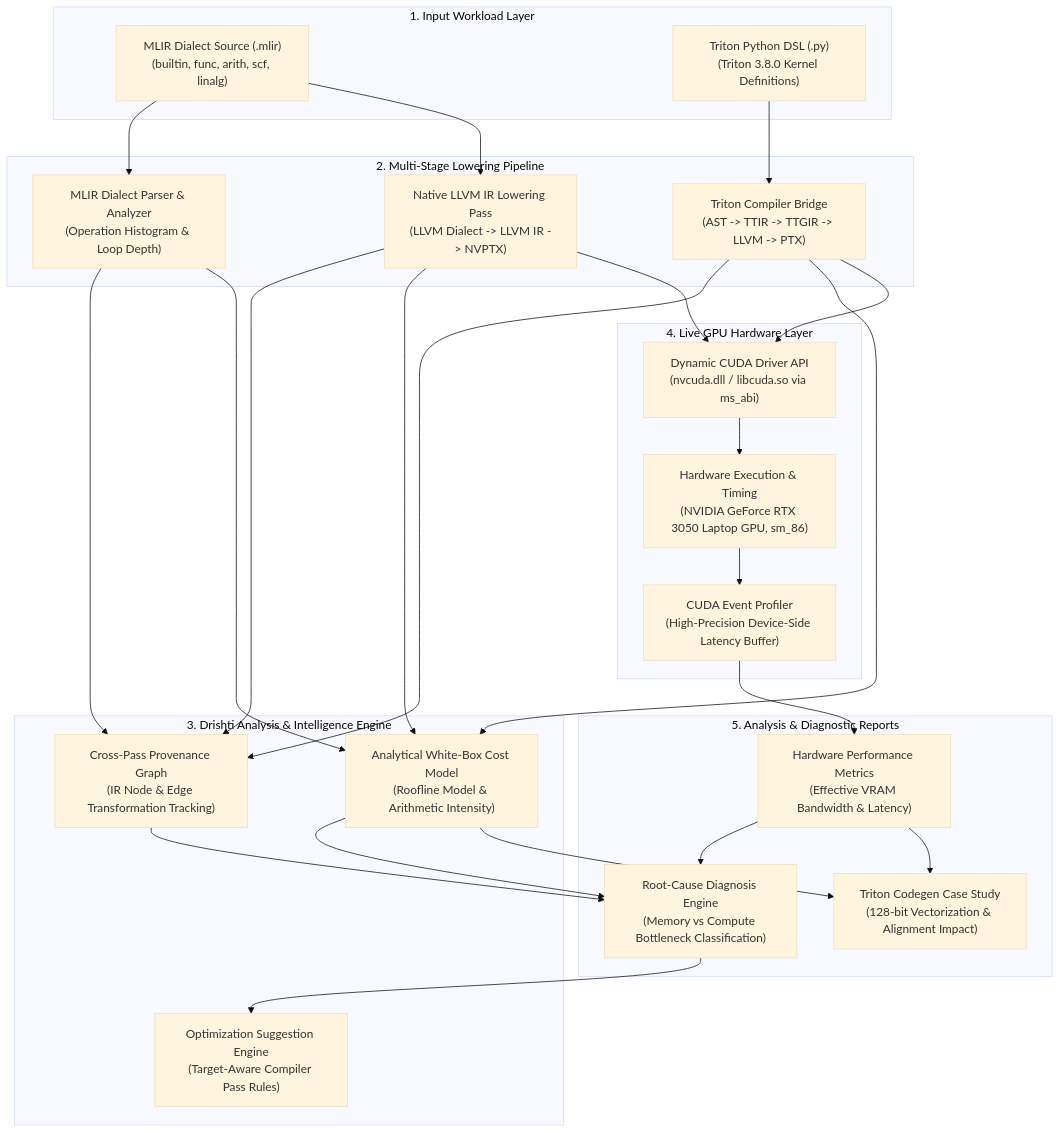
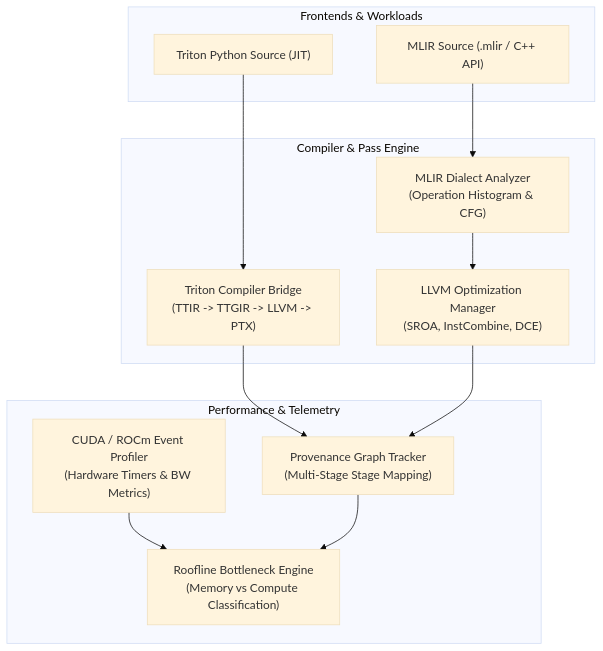
The diagram in README.md (krish-rRay23/dhristi), drawn with Mermaid (base theme) before and after one commit. The commit also changed other lines of this file and 3 other files, not shown here.

````diff
--- a/README.md
+++ b/README.md
@@ -20,53 +60,27 @@
 ```mermaid
 flowchart TD
-    subgraph Inputs["1. Input Workload Layer"]
-        A1["MLIR Dialect Source (.mlir)\n(builtin, func, arith, scf, linalg)"]
-        A2["Triton Python DSL (.py)\n(Triton 3.8.0 Kernel Definitions)"]
+    subgraph Frontend ["Frontends & Workloads"]
+        A1["Triton Python Source (JIT)"]
+        A2["MLIR Source (.mlir / C++ API)"]
     end
 
-    subgraph CompilerPipeline["2. Multi-Stage Lowering Pipeline"]
-        B1["MLIR Dialect Parser & Analyzer\n(Operation Histogram & Loop Depth)"]
-        B2["Native LLVM IR Lowering Pass\n(LLVM Dialect -> LLVM IR -> NVPTX)"]
-        B3["Triton Compiler Bridge\n(AST -> TTIR -> TTGIR -> LLVM -> PTX)"]
+    subgraph CompilerEngine ["Compiler & Pass Engine"]
+        B1["Triton Compiler Bridge\n(TTIR -> TTGIR -> LLVM -> PTX)"]
+        B2["MLIR Dialect Analyzer\n(Operation Histogram & CFG)"]
+        B3["LLVM Optimization Manager\n(SROA, InstCombine, DCE)"]
     end
 
-    subgraph DrishtiEngine["3. Drishti Analysis & Intelligence Engine"]
-        C1["Cross-Pass Provenance Graph\n(IR Node & Edge Transformation Tracking)"]
-        C2["Analytical White-Box Cost Model\n(Roofline Model & Arithmetic Intensity)"]
-        C3["Optimization Suggestion Engine\n(Target-Aware Compiler Pass Rules)"]
-    end
-
-    subgraph HardwareExecution["4. Live GPU Hardware Layer"]
-        D1["Dynamic CUDA Driver API\n(nvcuda.dll / libcuda.so via ms_abi)"]
-        D2["Hardware Execution & Timing\n(NVIDIA GeForce RTX 3050 Laptop GPU, sm_86)"]
-        D3["CUDA Event Profiler\n(High-Precision Device-Side Latency Buffer)"]
-    end
-
-    subgraph Outputs["5. Analysis & Diagnostic Reports"]
-        E1["Hardware Performance Metrics\n(Effective VRAM Bandwidth & Latency)"]
-        E2["Root-Cause Diagnosis Engine\n(Memory vs Compute Bottleneck Classification)"]
-        E3["Triton Codegen Case Study\n(128-bit Vectorization & Alignment Impact)"]
+    subgraph PerformanceIntelligence ["Performance & Telemetry"]
+        C1["Provenance Graph Tracker\n(Multi-Stage Stage Mapping)"]
+        C2["CUDA / ROCm Event Profiler\n(Hardware Timers & BW Metrics)"]
+        C3["Roofline Bottleneck Engine\n(Memory vs Compute Classification)"]
     end
 
     A1 --> B1
-    A1 --> B2
-    A2 --> B3
-
+    A2 --> B2
+    B2 --> B3
     B1 --> C1
-    B2 --> C1
     B3 --> C1
-
-    B1 --> C2
-    B2 --> C2
-    B3 --> C2
-
-    B2 --> D1
-    B3 --> D1
-    D1 --> D2
-    D2 --> D3
-
-    D3 --> E1
-    C1 & C2 & E1 --> E2
-    C2 & E1 --> E3
-    E2 --> C3
+    C2 --> C3
+    C1 --> C3
 ```
````
